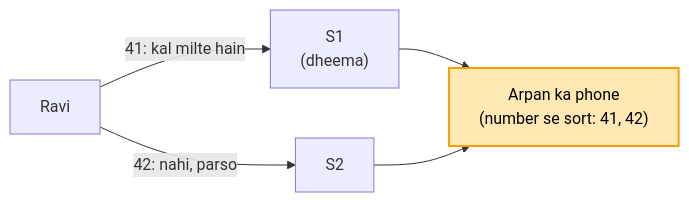
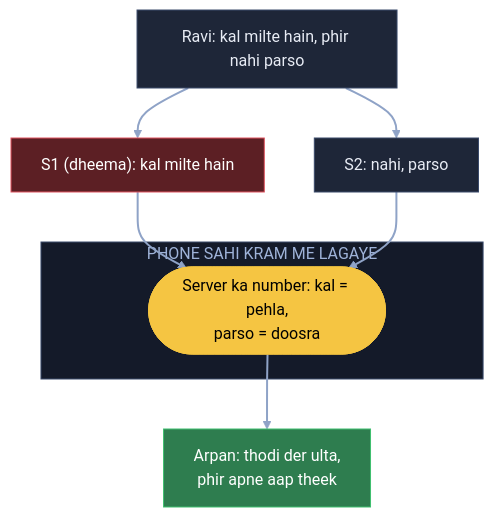
Before and after one commit to ArpanMaheshwari144/Prep: diagram 12 of 12 in 04_HLD/SYSTEM_DESIGNS/14_chat_messaging/14_chat_messaging.md, drawn with Mermaid. The commit also changed other lines of this file, not shown here.

Commit message:
Chat: 12 diagram hand notes ke shabdon se

````diff
--- a/04_HLD/SYSTEM_DESIGNS/14_chat_messaging/14_chat_messaging.md
+++ b/04_HLD/SYSTEM_DESIGNS/14_chat_messaging/14_chat_messaging.md
@@ -255,8 +385,21 @@
 ```mermaid
-flowchart LR
-    R["Ravi"] -- "41: kal milte hain" --> S1["S1<br/>(dheema)"]
-    R -- "42: nahi, parso" --> S2["S2"]
-    S1 --> A["Arpan ka phone<br/>(number se sort: 41, 42)"]
-    S2 --> A
-    style A fill:#ffe8b3,stroke:#f59f00,stroke-width:2px,color:#000
+flowchart TB
+    R["Ravi: kal milte hain, phir nahi parso"]:::card
+    S1["S1 (dheema): kal milte hain"]:::bad
+    S2["S2: nahi, parso"]:::card
+    subgraph PK["PHONE SAHI KRAM ME LAGAYE"]
+        N(["Server ka number: kal = pehla,<br/>parso = doosra"]):::pill
+    end
+    A["Arpan: thodi der ulta,<br/>phir apne aap theek"]:::good
+    R --> S1
+    R --> S2
+    S1 --> N
+    S2 --> N
+    N --> A
+    linkStyle default stroke:#8fa3c7,stroke-width:2px
+    classDef card fill:#1e2638,stroke:#3a4a6b,color:#e8ecf5
+    classDef pill fill:#f5c542,stroke:#f5c542,color:#000
+    classDef good fill:#2e7d4f,stroke:#3fbf6f,color:#fff
+    classDef bad fill:#5c1f24,stroke:#e05561,color:#fff
+    style PK fill:#141a29,stroke:#3a4a6b,color:#9fb3d9
 ```
````
